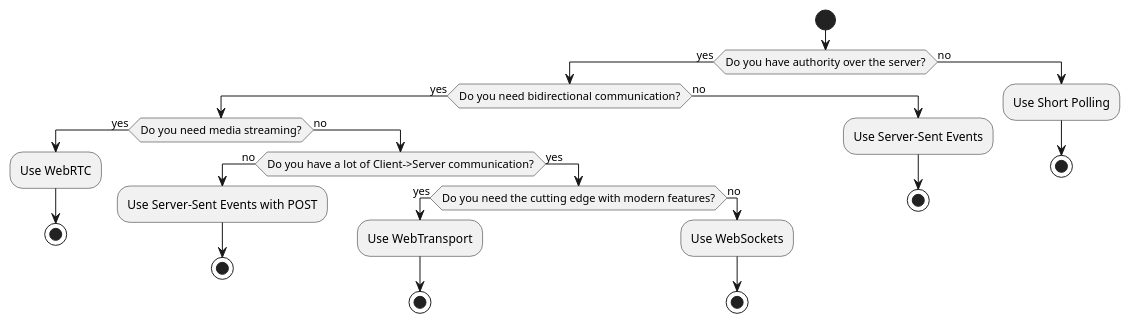
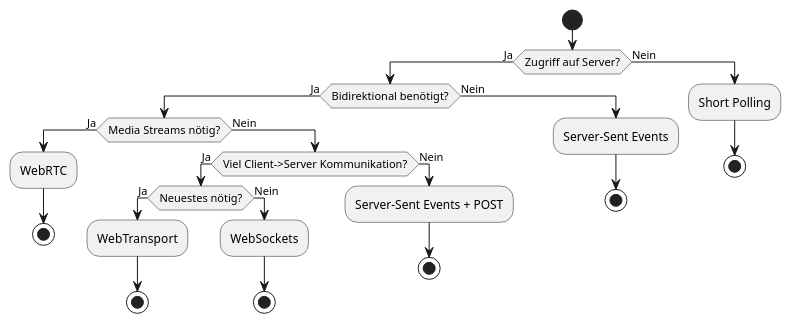
Before and after one commit to gutentag2012/mi-web-technologien-real-time-workshop: the diagram in frontend/src/diagrams/decision.puml, drawn with PlantUML. The commit also changed 6 other files, not shown here.

```diff
--- a/frontend/src/diagrams/decision.puml
+++ b/frontend/src/diagrams/decision.puml
@@ -1,34 +1,34 @@
 @startuml
 'https://plantuml.com/activity-diagram-beta
 
 start
 
-if (Do you have authority over the server?) then (yes)
-    if (Do you need bidirectional communication?) then (yes)
-        if (Do you need media streaming?) then (yes)
-            :Use WebRTC;
+if (Zugriff auf Server?) then (Ja)
+    if (Bidirektional benötigt?) then (Ja)
+        if (Media Streams nötig?) then (Ja)
+            :WebRTC;
             stop
-        else (no)
-            if (Do you have a lot of Client->Server communication?) then (no)
-                :Use Server-Sent Events with POST;
-                stop
-            else (yes)
-                if (Do you need the cutting edge with modern features?) then (yes)
-                    :Use WebTransport;
+        else (Nein)
+            if (Viel Client->Server Kommunikation?) then (Ja)
+                if (Neuestes nötig?) then (Ja)
+                    :WebTransport;
                     stop
-                else (no)
-                    :Use WebSockets;
+                else (Nein)
+                    :WebSockets;
                     stop
                 endif
+            else (Nein)
+                :Server-Sent Events + POST;
+                stop
             endif
         endif
-    else (no)
-        :Use Server-Sent Events;
+    else (Nein)
+        :Server-Sent Events;
         stop
     endif
-else (no)
-    :Use Short Polling;
+else (Nein)
+    :Short Polling;
     stop
 endif
 
 @enduml
```
